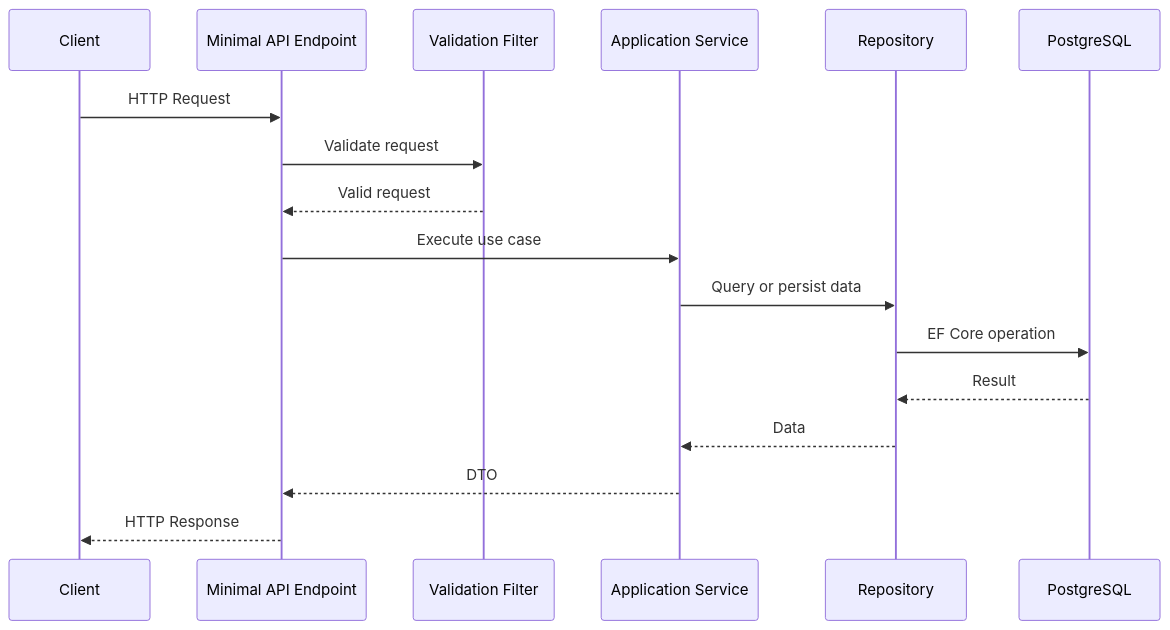
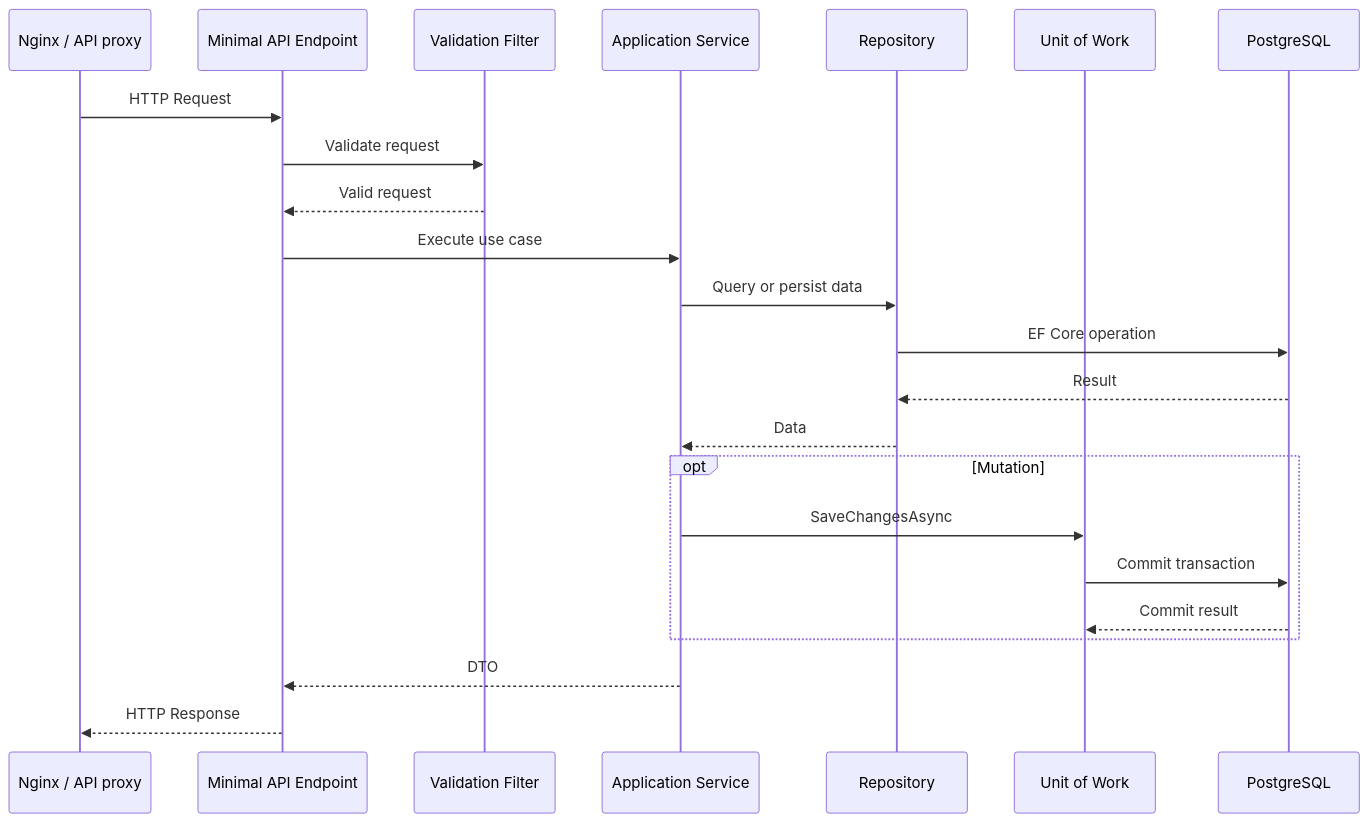
One commit to handyana05/expenses-tracker changed the second of 4 diagrams in backend/README.md. Above: the diagram before and after it, drawn with Mermaid. The commit also changed other lines of this file and 2 other files, not shown here.

Commit message:
adjust architecture uml diagrams

````diff
--- a/backend/README.md
+++ b/backend/README.md
@@ -186,21 +186,27 @@
 ```mermaid
 sequenceDiagram
 
-    participant Client 
+    participant Client as Nginx / API proxy
     participant API as Minimal API Endpoint 
     participant Filter as Validation Filter 
     participant Service as Application Service 
     participant Repo as Repository 
+    participant UoW as Unit of Work
     participant DB as PostgreSQL 
     
     Client->>API: HTTP Request 
     API->>Filter: Validate request 
     Filter-->>API: Valid request 
     API->>Service: Execute use case 
     Service->>Repo: Query or persist data 
     Repo->>DB: EF Core operation 
     DB-->>Repo: Result 
     Repo-->>Service: Data 
+    opt Mutation
+        Service->>UoW: SaveChangesAsync
+        UoW->>DB: Commit transaction
+        DB-->>UoW: Commit result
+    end
     Service-->>API: DTO 
     API-->>Client: HTTP Response
 ```
````
